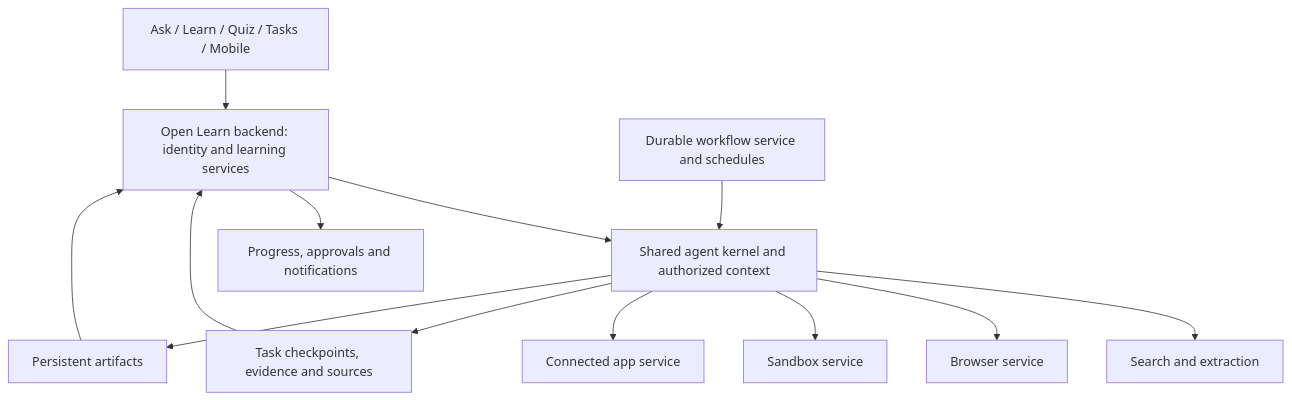
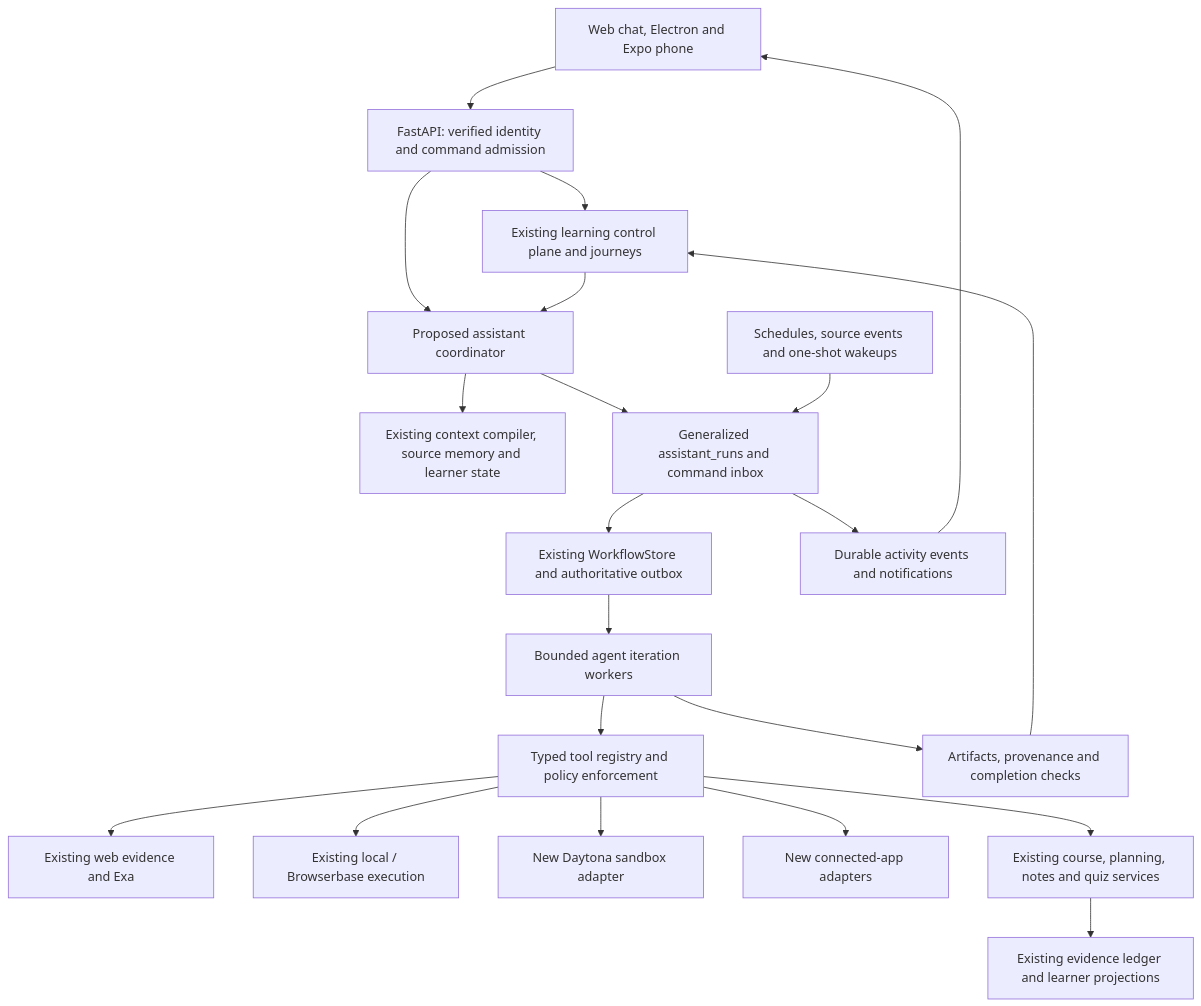
One commit to harshilgor/Open-Learn changed the second of 2 diagrams in Open Learn 2.0/26_agent_execution_platform.md. Above: the diagram before and after it, drawn with Mermaid. The commit also changed other lines of this file and 280 other files, not shown here.

Commit message:
Build agent execution platform, mobile foundations, and implementation handoffs

````diff
--- a/Open Learn 2.0/26_agent_execution_platform.md
+++ b/Open Learn 2.0/26_agent_execution_platform.md
@@ -11,15 +90,23 @@
 ```mermaid
 flowchart TD
-    Clients[Ask / Learn / Quiz / Tasks / Mobile] --> Backend[Open Learn backend: identity and learning services]
-    Backend --> Kernel[Shared agent kernel and authorized context]
-    Kernel --> Search[Search and extraction]
-    Kernel --> Browser[Browser service]
-    Kernel --> Sandbox[Sandbox service]
-    Kernel --> Apps[Connected app service]
-    Workflow[Durable workflow service and schedules] --> Kernel
-    Kernel --> Data[Task checkpoints, evidence and sources]
-    Kernel --> Files[Persistent artifacts]
-    Data --> Backend
-    Files --> Backend
-    Backend --> Events[Progress, approvals and notifications]
+    Clients[Web chat, Electron and Expo phone] --> API[FastAPI: verified identity and command admission]
+    API --> Learning[Existing learning control plane and journeys]
+    API --> Coordinator[Proposed assistant coordinator]
+    Learning --> Coordinator
+    Coordinator --> Context[Existing context compiler, source memory and learner state]
+    Coordinator --> Runs[Generalized assistant_runs and command inbox]
+    Triggers[Schedules, source events and one-shot wakeups] --> Runs
+    Runs --> Jobs[Existing WorkflowStore and authoritative outbox]
+    Jobs --> Kernel[Bounded agent iteration workers]
+    Kernel --> Tools[Typed tool registry and policy enforcement]
+    Tools --> Research[Existing web evidence and Exa]
+    Tools --> Browser[Existing local / Browserbase execution]
+    Tools --> Daytona[New Daytona sandbox adapter]
+    Tools --> Apps[New connected-app adapters]
+    Tools --> Domain[Existing course, planning, notes and quiz services]
+    Kernel --> Outputs[Artifacts, provenance and completion checks]
+    Outputs --> Learning
+    Runs --> Events[Durable activity events and notifications]
+    Events --> Clients
+    Domain --> Evidence[Existing evidence ledger and learner projections]
 ```
````
